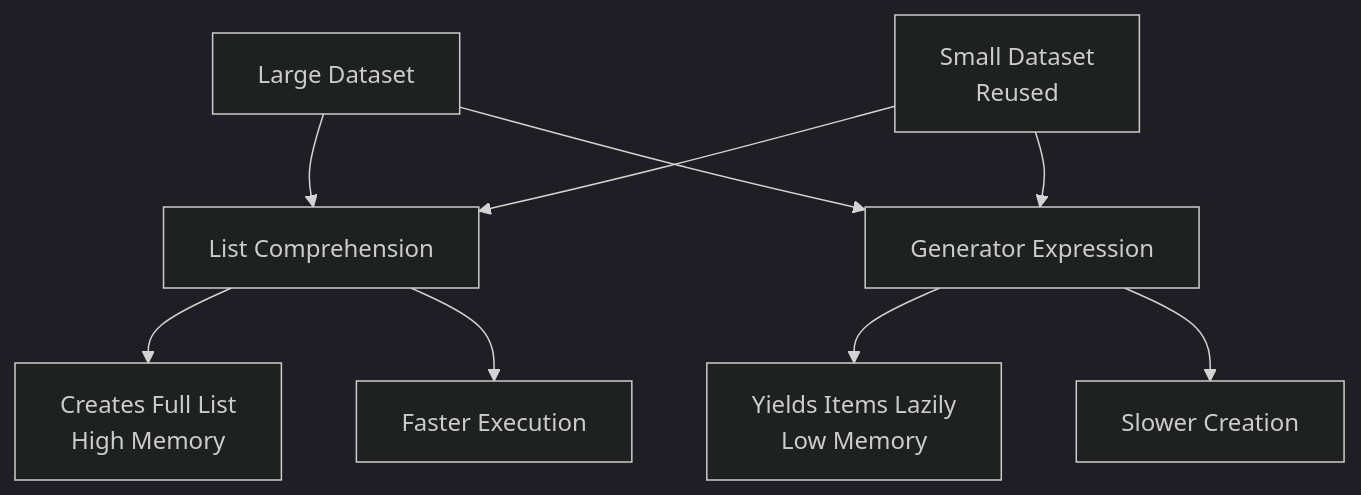
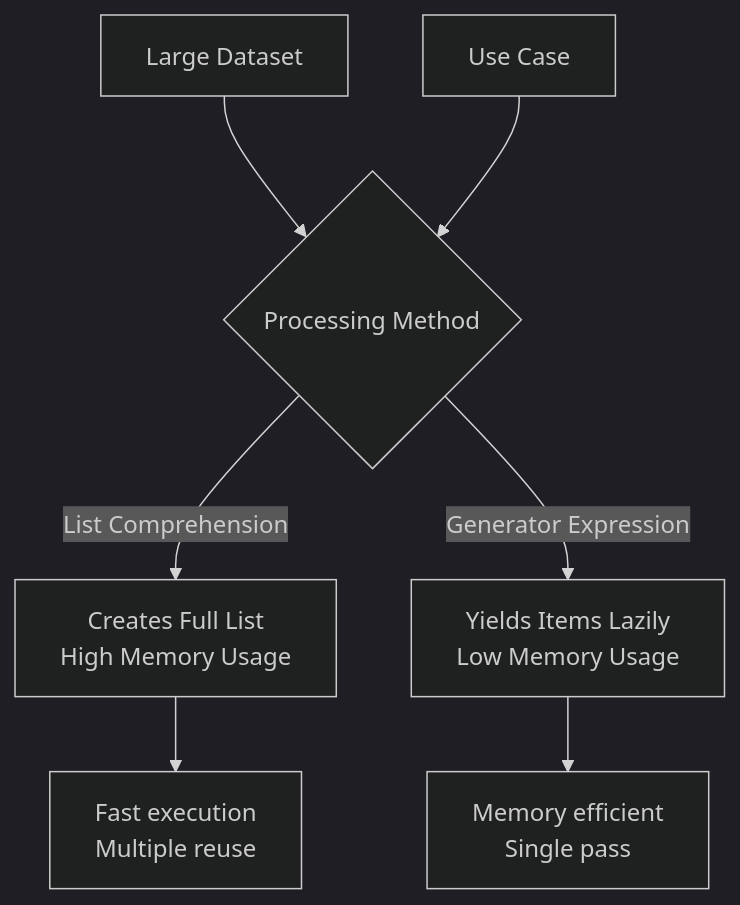
The fifth of 6 diagrams in source/_posts/Python-Looping-Iterators-The-Comprehensive-Guide.md (whereq/whereq.github.io-hexo), drawn with Mermaid (dark theme) before and after one commit. The commit also changed other lines of this file, not shown here.

````diff
--- a/source/_posts/Python-Looping-Iterators-The-Comprehensive-Guide.md
+++ b/source/_posts/Python-Looping-Iterators-The-Comprehensive-Guide.md
@@ -542,12 +553,10 @@
 ```mermaid
-graph TD
-    A[Large Dataset] --> B[List Comprehension]
-    A --> C[Generator Expression]
-    B --> D[Creates Full List<br/>High Memory]
-    C --> E[Yields Items Lazily<br/>Low Memory]
+flowchart TD
+    A[Large Dataset] --> B{Processing Method}
+    B -->|List Comprehension| C[Creates Full List<br/>High Memory Usage]
+    B -->|Generator Expression| D[Yields Items Lazily<br/>Low Memory Usage]
     
-    F[Small Dataset<br/>Reused] --> B
-    F --> C
-    B --> G[Faster Execution]
-    C --> H[Slower Creation]
+    E[Use Case] --> B
+    C --> F[Fast execution<br/>Multiple reuse]
+    D --> G[Memory efficient<br/>Single pass]
 ```
````
